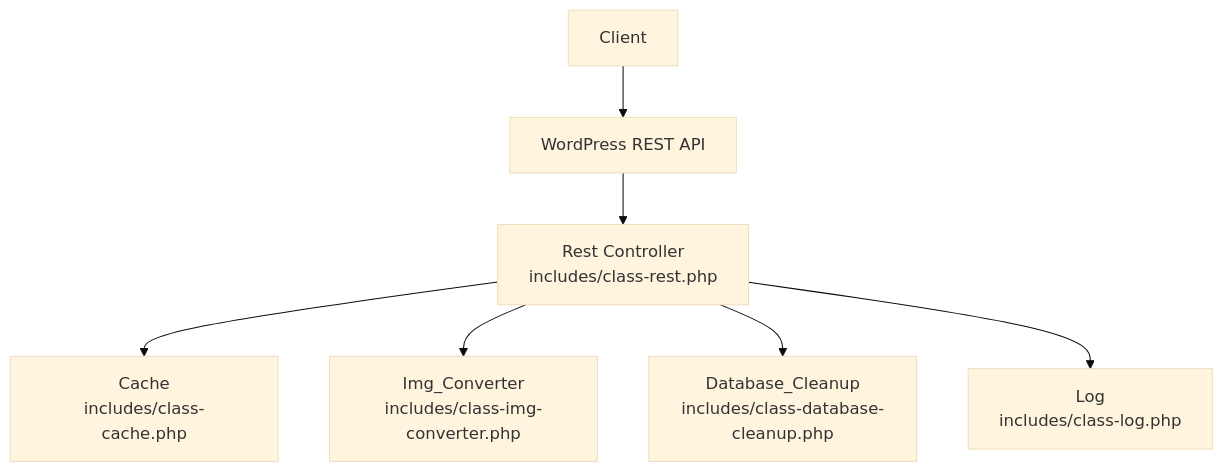
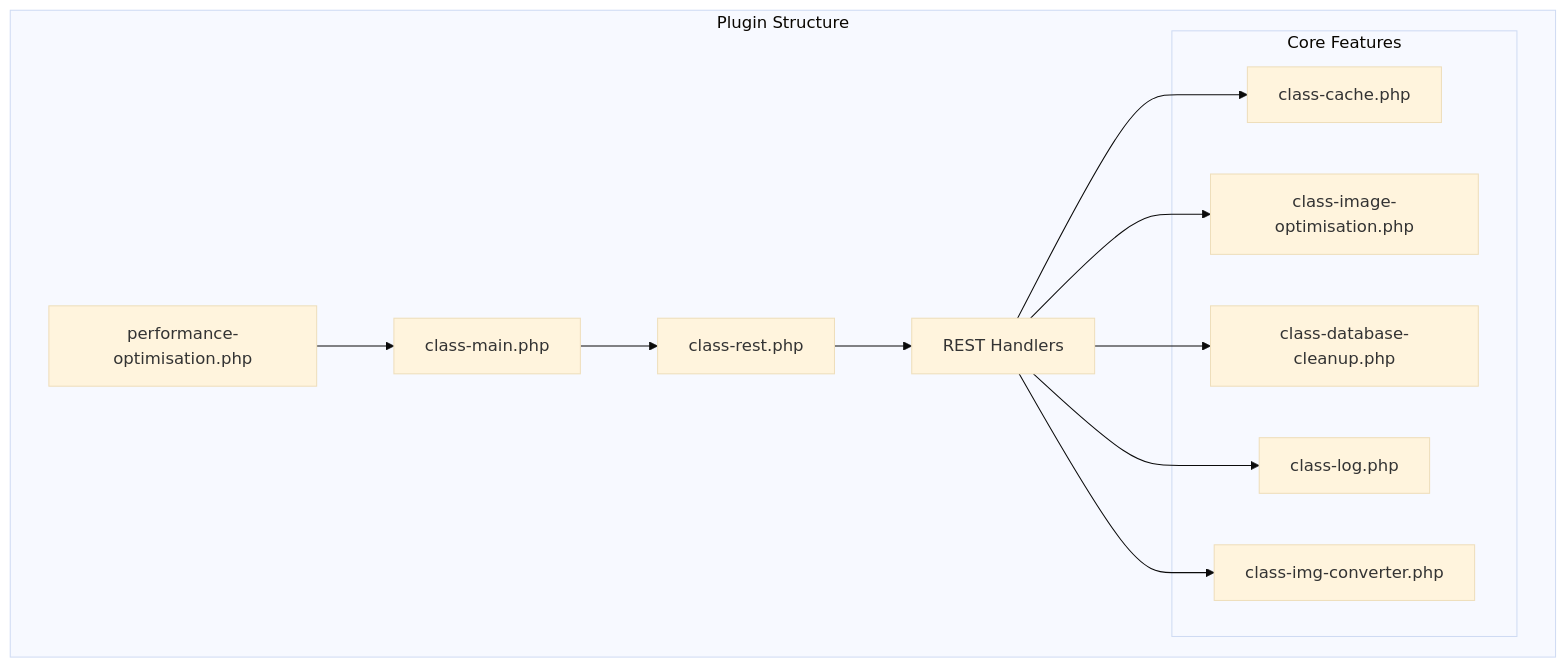
The first of 3 diagrams in .qoder/repowiki/en/content/REST API Reference/Core Endpoints.md (nilesh32236/performance-optimisation), drawn with Mermaid (base theme) before and after one commit. The commit also changed other lines of this file and 46 other files, not shown here.

````diff
--- a/.qoder/repowiki/en/content/REST API Reference/Core Endpoints.md
+++ b/.qoder/repowiki/en/content/REST API Reference/Core Endpoints.md
@@ -32,16 +36,20 @@
 ```mermaid
 graph TB
-Client["Client"]
-WP["WordPress REST API"]
-REST["Rest Controller<br/>includes/class-rest.php"]
-Cache["Cache<br/>includes/class-cache.php"]
-ImgConv["Img_Converter<br/>includes/class-img-converter.php"]
-DB["Database_Cleanup<br/>includes/class-database-cleanup.php"]
-Log["Log<br/>includes/class-log.php"]
-Client --> WP
-WP --> REST
-REST --> Cache
-REST --> ImgConv
-REST --> DB
-REST --> Log
+subgraph "Plugin Structure"
+A[performance-optimisation.php] --> B[class-main.php]
+B --> C[class-rest.php]
+C --> D[REST Handlers]
+subgraph "Core Features"
+E[class-cache.php]
+F[class-image-optimisation.php]
+G[class-database-cleanup.php]
+H[class-log.php]
+I[class-img-converter.php]
+end
+D --> E
+D --> F
+D --> G
+D --> H
+D --> I
+end
 ```
````
